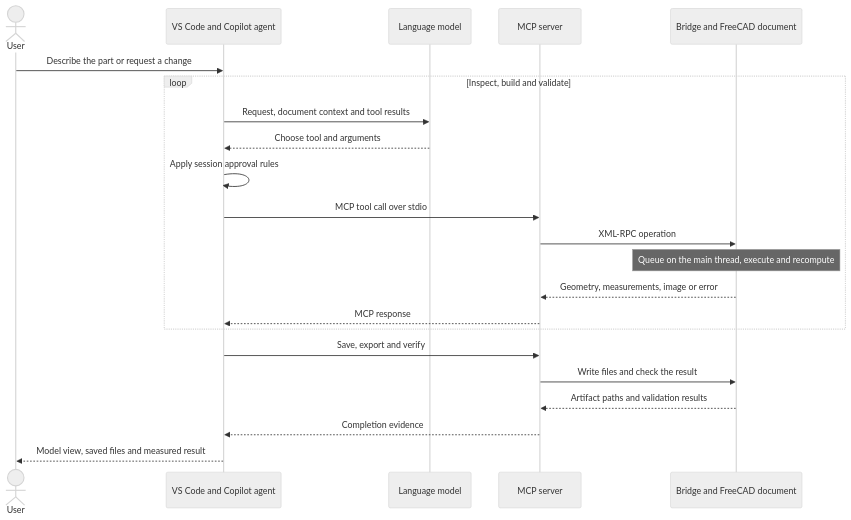
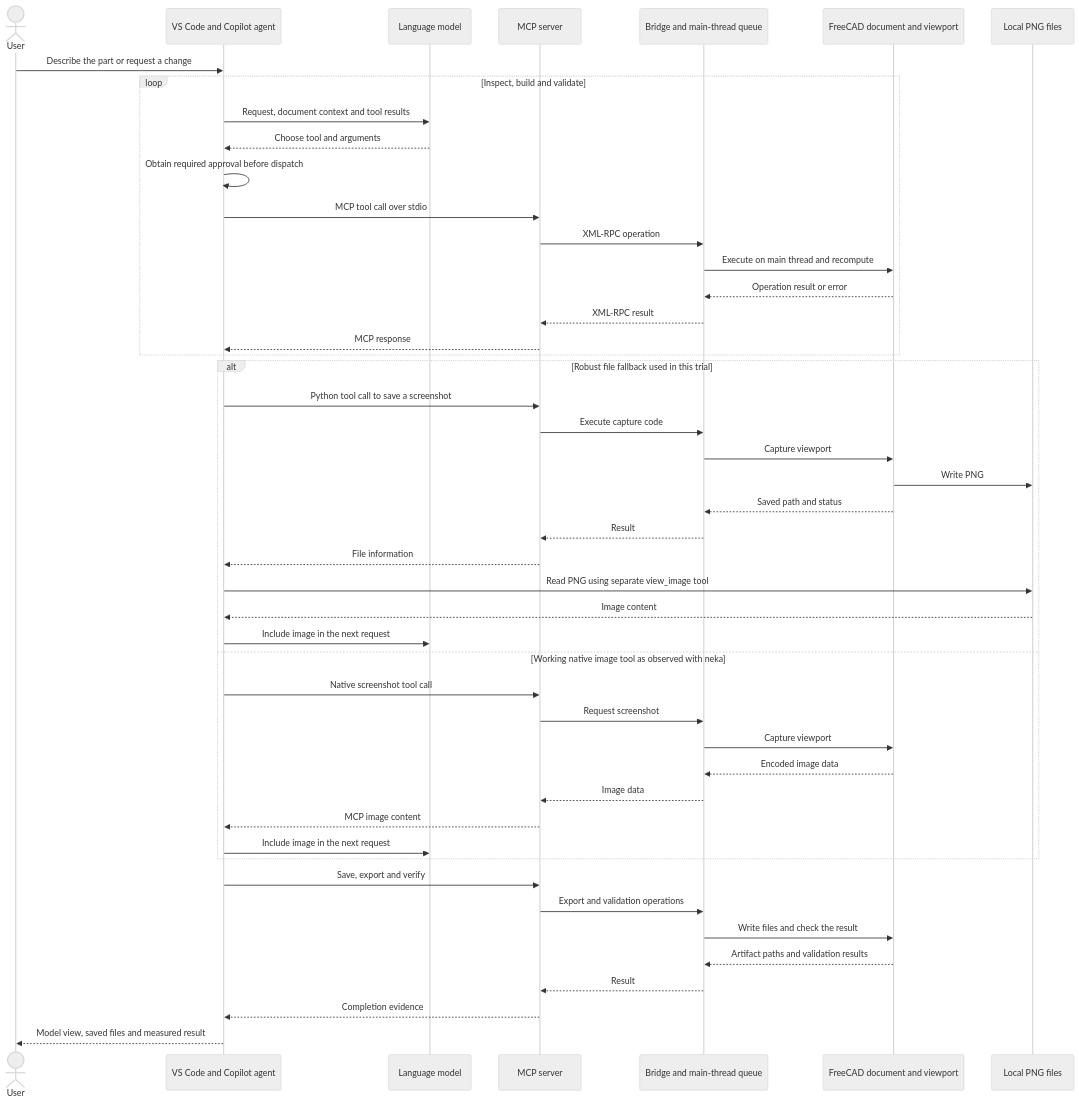
Before and after one commit to faustinopalma/freecad-copilot-mcp-experiment: the second of 2 diagrams in ARCHITECTURE.md, drawn with Mermaid (neutral theme). The commit also changed other lines of this file and 1 other file, not shown here.

Commit message:
Clarify approval checks and screenshot return paths

````diff
--- a/ARCHITECTURE.md
+++ b/ARCHITECTURE.md
@@ -57,24 +65,49 @@
 ```mermaid
 sequenceDiagram
     actor User
     participant Agent as VS Code and Copilot agent
     participant Model as Language model
     participant Server as MCP server
-    participant FreeCAD as Bridge and FreeCAD document
+    participant Bridge as Bridge and main-thread queue
+    participant FreeCAD as FreeCAD document and viewport
+    participant Files as Local PNG files
     User->>Agent: Describe the part or request a change
     loop Inspect, build and validate
         Agent->>Model: Request, document context and tool results
         Model-->>Agent: Choose tool and arguments
-        Agent->>Agent: Apply session approval rules
+        Agent->>Agent: Obtain required approval before dispatch
         Agent->>Server: MCP tool call over stdio
-        Server->>FreeCAD: XML-RPC operation
-        Note over FreeCAD: Queue on the main thread, execute and recompute
-        FreeCAD-->>Server: Geometry, measurements, image or error
+        Server->>Bridge: XML-RPC operation
+        Bridge->>FreeCAD: Execute on main thread and recompute
+        FreeCAD-->>Bridge: Operation result or error
+        Bridge-->>Server: XML-RPC result
         Server-->>Agent: MCP response
     end
+    alt Robust file fallback used in this trial
+        Agent->>Server: Python tool call to save a screenshot
+        Server->>Bridge: Execute capture code
+        Bridge->>FreeCAD: Capture viewport
+        FreeCAD->>Files: Write PNG
+        FreeCAD-->>Bridge: Saved path and status
+        Bridge-->>Server: Result
+        Server-->>Agent: File information
+        Agent->>Files: Read PNG using separate view_image tool
+        Files-->>Agent: Image content
+        Agent->>Model: Include image in the next request
+    else Working native image tool as observed with neka
+        Agent->>Server: Native screenshot tool call
+        Server->>Bridge: Request screenshot
+        Bridge->>FreeCAD: Capture viewport
+        FreeCAD-->>Bridge: Encoded image data
+        Bridge-->>Server: Image data
+        Server-->>Agent: MCP image content
+        Agent->>Model: Include image in the next request
+    end
     Agent->>Server: Save, export and verify
-    Server->>FreeCAD: Write files and check the result
-    FreeCAD-->>Server: Artifact paths and validation results
+    Server->>Bridge: Export and validation operations
+    Bridge->>FreeCAD: Write files and check the result
+    FreeCAD-->>Bridge: Artifact paths and validation results
+    Bridge-->>Server: Result
     Server-->>Agent: Completion evidence
     Agent-->>User: Model view, saved files and measured result
 ```
````
